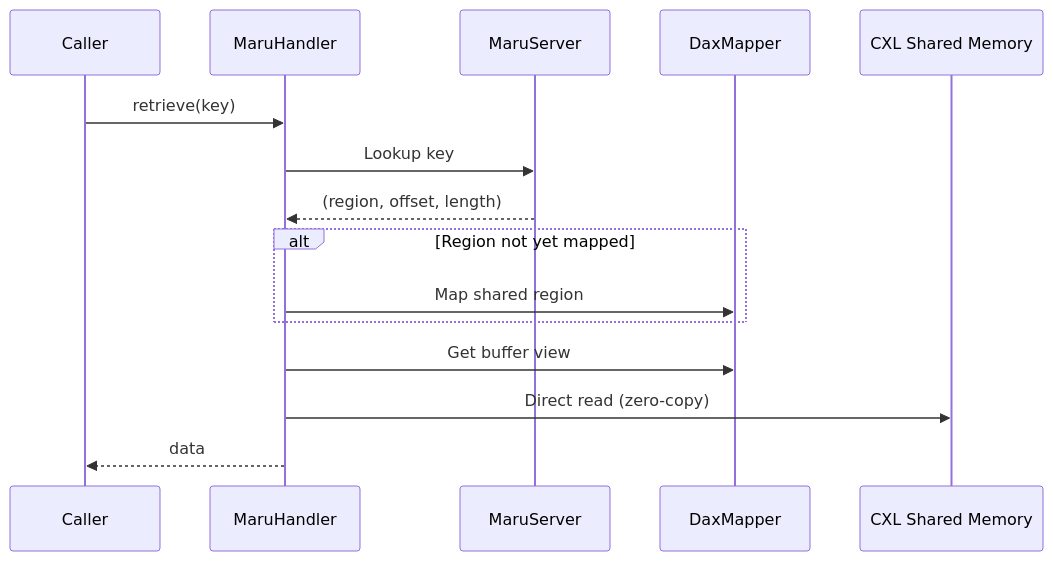
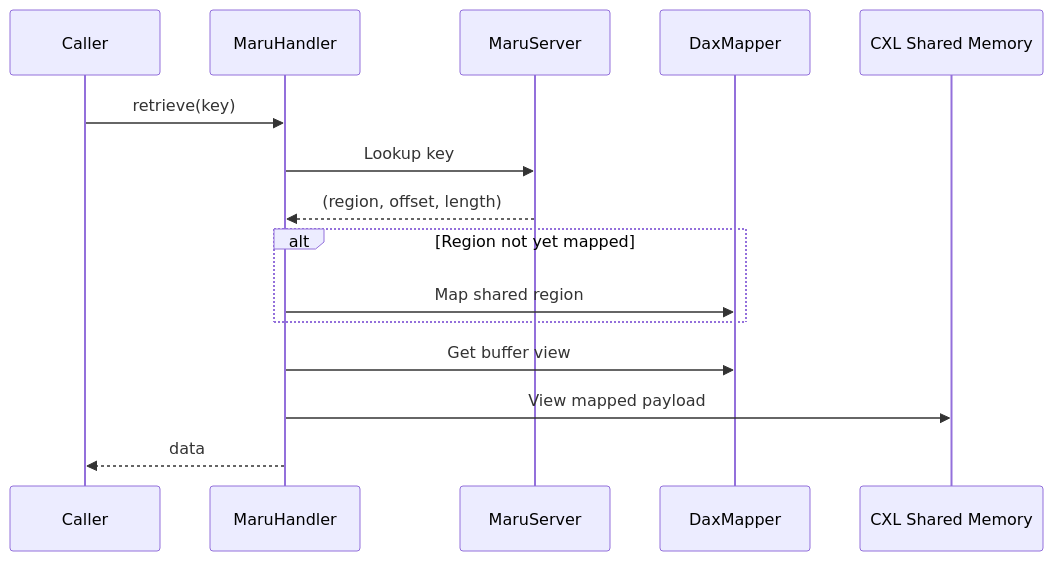
Before and after one commit to xcena-dev/maru: the fifth of 6 diagrams in docs/source/design_doc/maru_handler.md, drawn with Mermaid. The commit also changed other lines of this file and 13 other files, not shown here.

````diff
--- a/docs/source/design_doc/maru_handler.md
+++ b/docs/source/design_doc/maru_handler.md
@@ -185,18 +185,18 @@
 ```mermaid
 sequenceDiagram
     participant C as Caller
     participant H as MaruHandler
     participant CP as MaruServer
     participant DM as DaxMapper
     participant CXL as CXL Shared Memory
 
     C->>H: retrieve(key)
     H->>CP: Lookup key
     CP-->>H: (region, offset, length)
     alt Region not yet mapped
         H->>DM: Map shared region
     end
     H->>DM: Get buffer view
-    H->>CXL: Direct read (zero-copy)
+    H->>CXL: View mapped payload
     H-->>C: data
 ```
````
